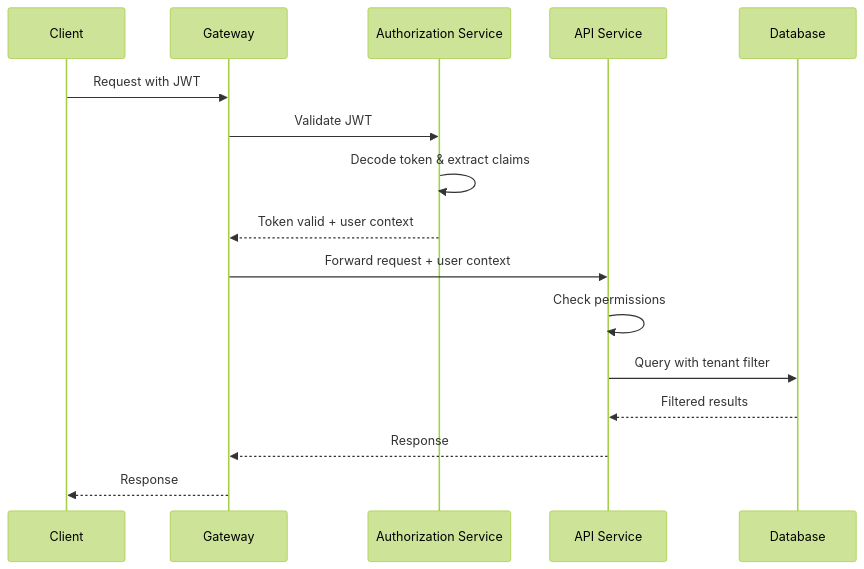
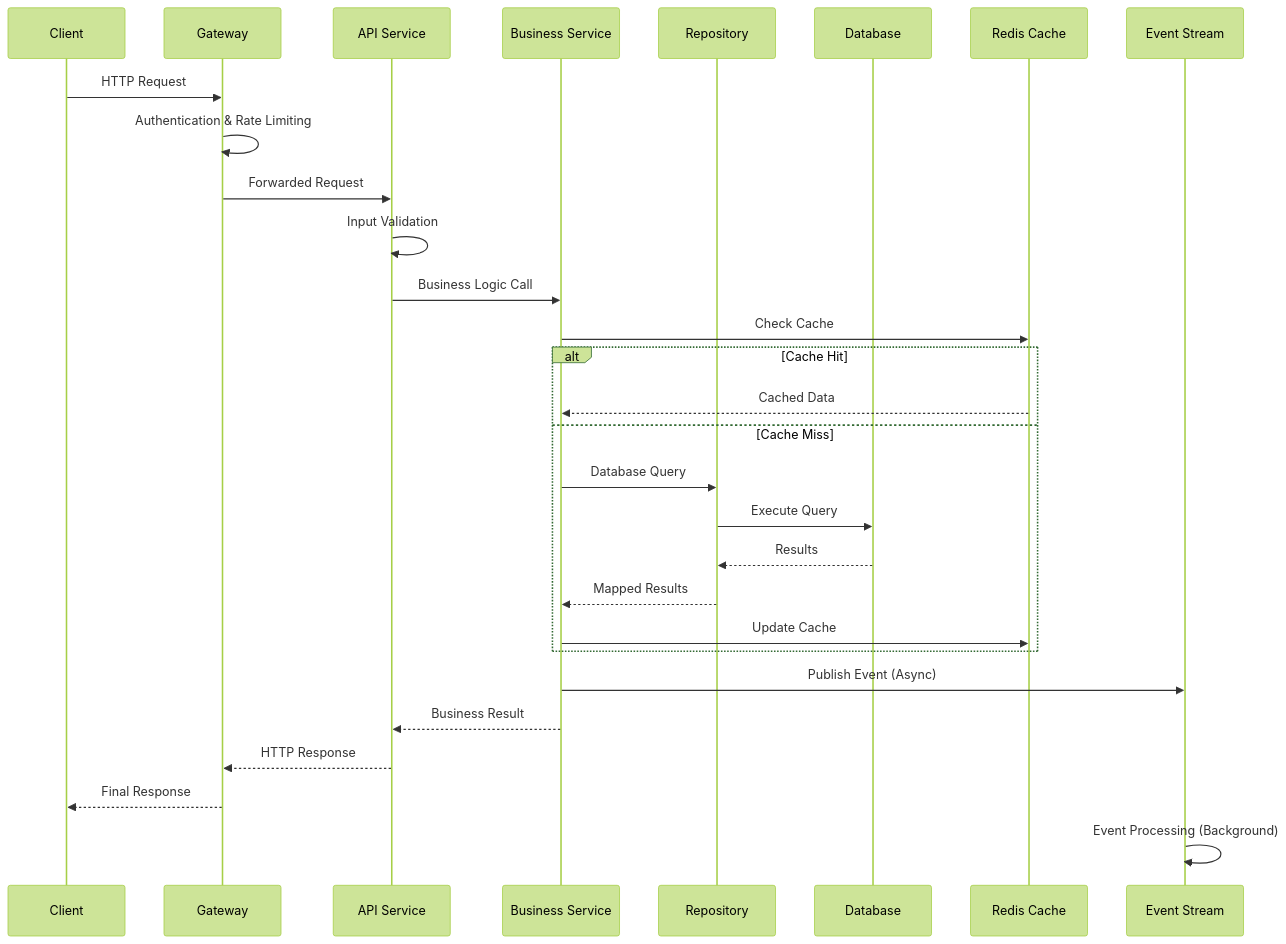
Diagram 11 of 18 in docs/development/architecture/overview.md (flamingo-stack/openframe-oss-lib), drawn with Mermaid (forest theme) before and after one commit. The commit also changed other lines of this file and 12 other files, not shown here.

````diff
--- a/docs/development/architecture/overview.md
+++ b/docs/development/architecture/overview.md
@@ -408,19 +378,33 @@
 ```mermaid
 sequenceDiagram
     participant Client
     participant Gateway
-    participant Auth as Authorization Service
     participant API as API Service
-    participant DB as Database
+    participant Service as Business Service
+    participant Repository
+    participant Database
+    participant Cache as Redis Cache
+    participant Events as Event Stream
     
-    Client->>Gateway: Request with JWT
-    Gateway->>Auth: Validate JWT
-    Auth->>Auth: Decode token & extract claims
-    Auth-->>Gateway: Token valid + user context
-    Gateway->>API: Forward request + user context
-    API->>API: Check permissions
-    API->>DB: Query with tenant filter
-    DB-->>API: Filtered results
-    API-->>Gateway: Response
-    Gateway-->>Client: Response
+    Client->>Gateway: HTTP Request
+    Gateway->>Gateway: Authentication & Rate Limiting
+    Gateway->>API: Forwarded Request
+    API->>API: Input Validation
+    API->>Service: Business Logic Call
+    Service->>Cache: Check Cache
+    alt Cache Hit
+        Cache-->>Service: Cached Data
+    else Cache Miss
+        Service->>Repository: Database Query
+        Repository->>Database: Execute Query
+        Database-->>Repository: Results
+        Repository-->>Service: Mapped Results
+        Service->>Cache: Update Cache
+    end
+    Service->>Events: Publish Event (Async)
+    Service-->>API: Business Result
+    API-->>Gateway: HTTP Response
+    Gateway-->>Client: Final Response
+    
+    Events->>Events: Event Processing (Background)
 ```
````
